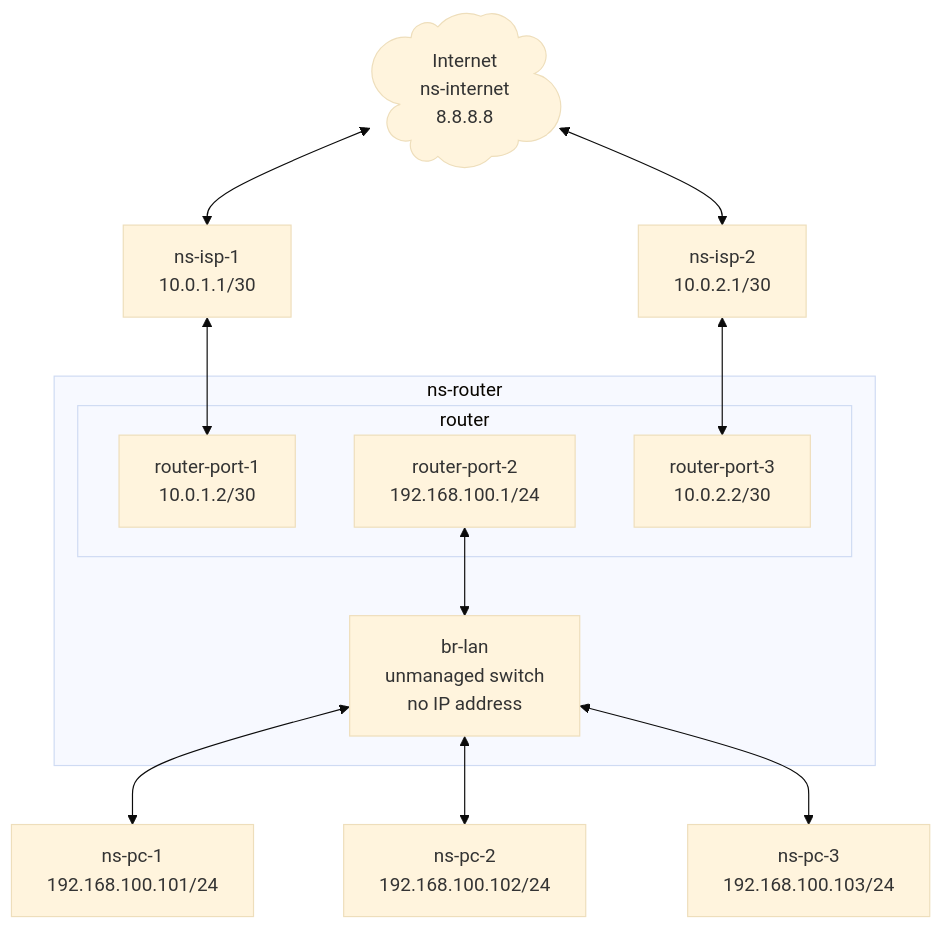
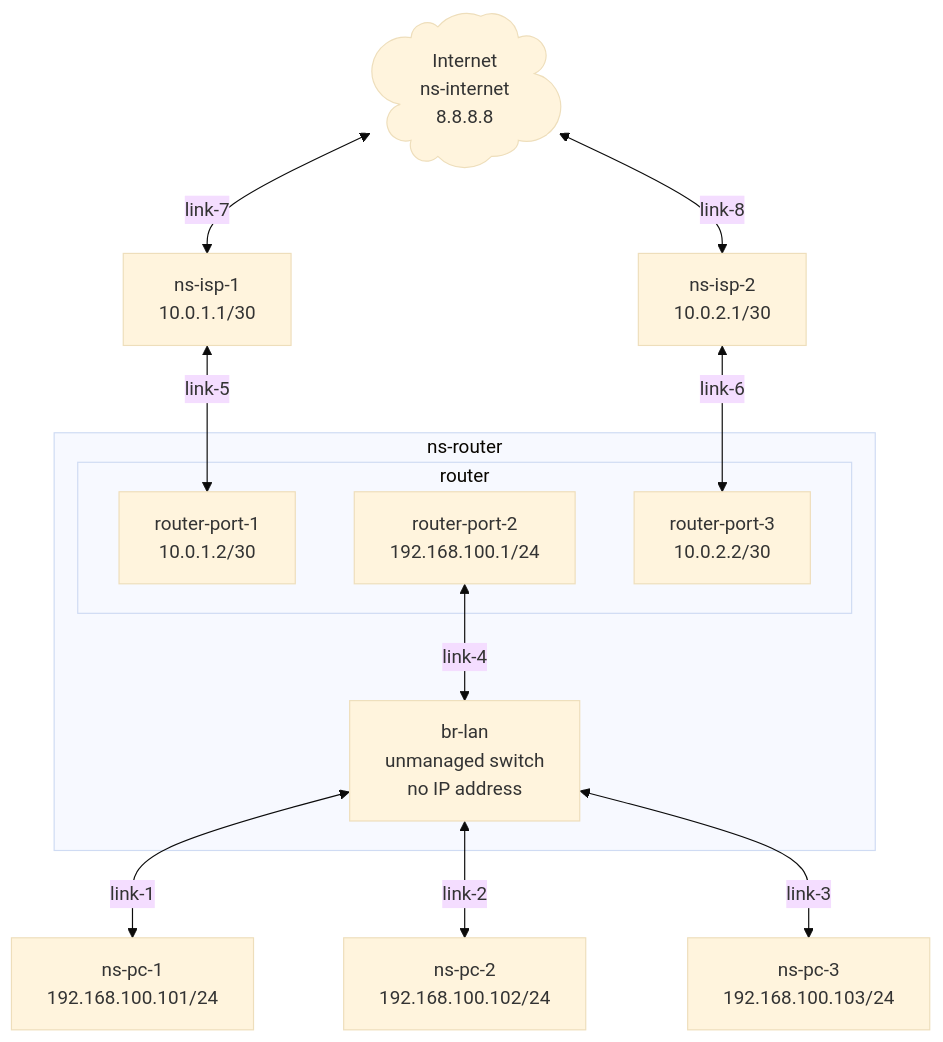
One commit to twdamhore/virtual-switch-lab changed the diagram in docs/01-policy-routing.md. Above: the diagram before and after it, drawn with Mermaid (base theme). The commit also changed other lines of this file, not shown here.

````diff
--- a/docs/01-policy-routing.md
+++ b/docs/01-policy-routing.md
@@ -32,27 +33,27 @@
 ```mermaid
 graph TB
     Internet@{ label: "Internet<br>ns-internet<br>8.8.8.8", shape: cloud }
     ISP_1["ns-isp-1<br>10.0.1.1/30"]
     ISP_2["ns-isp-2<br>10.0.2.1/30"]
     subgraph "ns-router"
         subgraph "router"
             ROUTER_PORT_1["router-port-1<br>10.0.1.2/30"]
             ROUTER_PORT_2["router-port-2<br>192.168.100.1/24"]
             ROUTER_PORT_3["router-port-3<br>10.0.2.2/30"]
         end
         SWITCH["br-lan<br>unmanaged switch<br>no IP address"]        
     end
 
     PC_1["ns-pc-1<br>192.168.100.101/24"]
     PC_2["ns-pc-2<br>192.168.100.102/24"]
     PC_3["ns-pc-3<br>192.168.100.103/24"]
     
-    Internet <--> ISP_1
-    Internet <--> ISP_2
-    ISP_1 <--> ROUTER_PORT_1
-    ISP_2 <--> ROUTER_PORT_3
-    ROUTER_PORT_2 <--> SWITCH
-    SWITCH <--> PC_1
-    SWITCH <--> PC_2
-    SWITCH <--> PC_3
+    Internet <-- link-7 --> ISP_1
+    Internet <-- link-8 --> ISP_2
+    ISP_1 <-- link-5 --> ROUTER_PORT_1
+    ISP_2 <-- link-6 --> ROUTER_PORT_3
+    ROUTER_PORT_2 <-- link-4 --> SWITCH
+    SWITCH <-- link-1 --> PC_1
+    SWITCH <-- link-2 --> PC_2
+    SWITCH <-- link-3 --> PC_3
 ```
````
